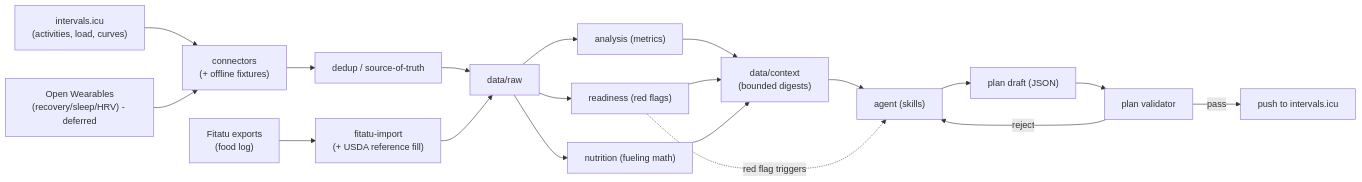
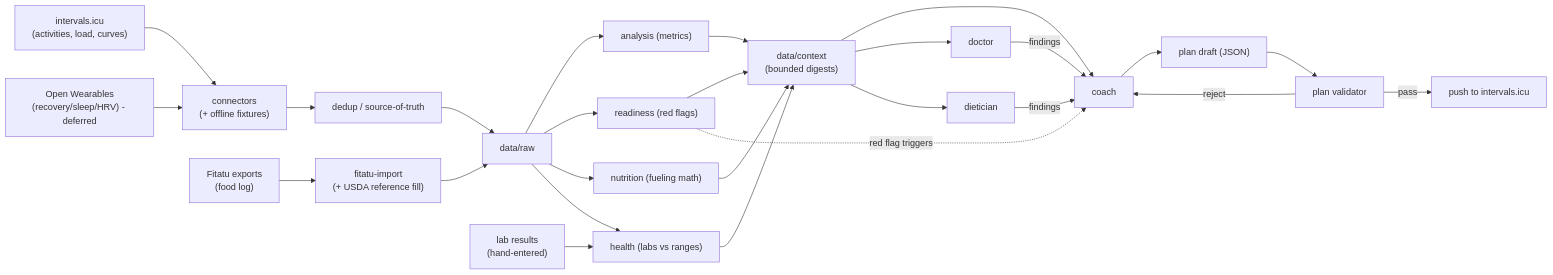
The diagram in README.md (piwni/trinity), drawn with Mermaid before and after one commit. The commit also changed other lines of this file and 40 other files, not shown here.

First line of the commit message:
feat: three agents (coach, doctor, dietician) and a shippable package

````diff
--- a/README.md
+++ b/README.md
@@ -31,21 +35,28 @@
 ```mermaid
 flowchart LR
   Intervals["intervals.icu\n(activities, load, curves)"] --> Fetch
   OW["Open Wearables\n(recovery/sleep/HRV) - deferred"] --> Fetch
   Fetch["connectors\n(+ offline fixtures)"] --> Dedup["dedup / source-of-truth"]
   Dedup --> Raw["data/raw"]
   Fitatu["Fitatu exports\n(food log)"] --> Import["fitatu-import\n(+ USDA reference fill)"]
   Import --> Raw
   Raw --> Analysis["analysis (metrics)"]
   Raw --> Readiness["readiness (red flags)"]
   Raw --> Nutrition["nutrition (fueling math)"]
+  Labs["lab results\n(hand-entered)"] --> Health["health (labs vs ranges)"]
+  Raw --> Health
   Analysis --> Context["data/context\n(bounded digests)"]
   Readiness --> Context
   Nutrition --> Context
-  Context --> Agent["agent (skills)"]
-  Agent --> Plan["plan draft (JSON)"]
+  Health --> Context
+  Context --> Coach["coach"]
+  Context --> Doctor["doctor"]
+  Context --> Dietician["dietician"]
+  Doctor -->|findings| Coach
+  Dietician -->|findings| Coach
+  Coach --> Plan["plan draft (JSON)"]
   Plan --> Validator["plan validator"]
   Validator -->|pass| Push["push to intervals.icu"]
-  Validator -->|reject| Agent
-  Readiness -.->|red flag triggers| Agent
+  Validator -->|reject| Coach
+  Readiness -.->|red flag triggers| Coach
 ```
````
